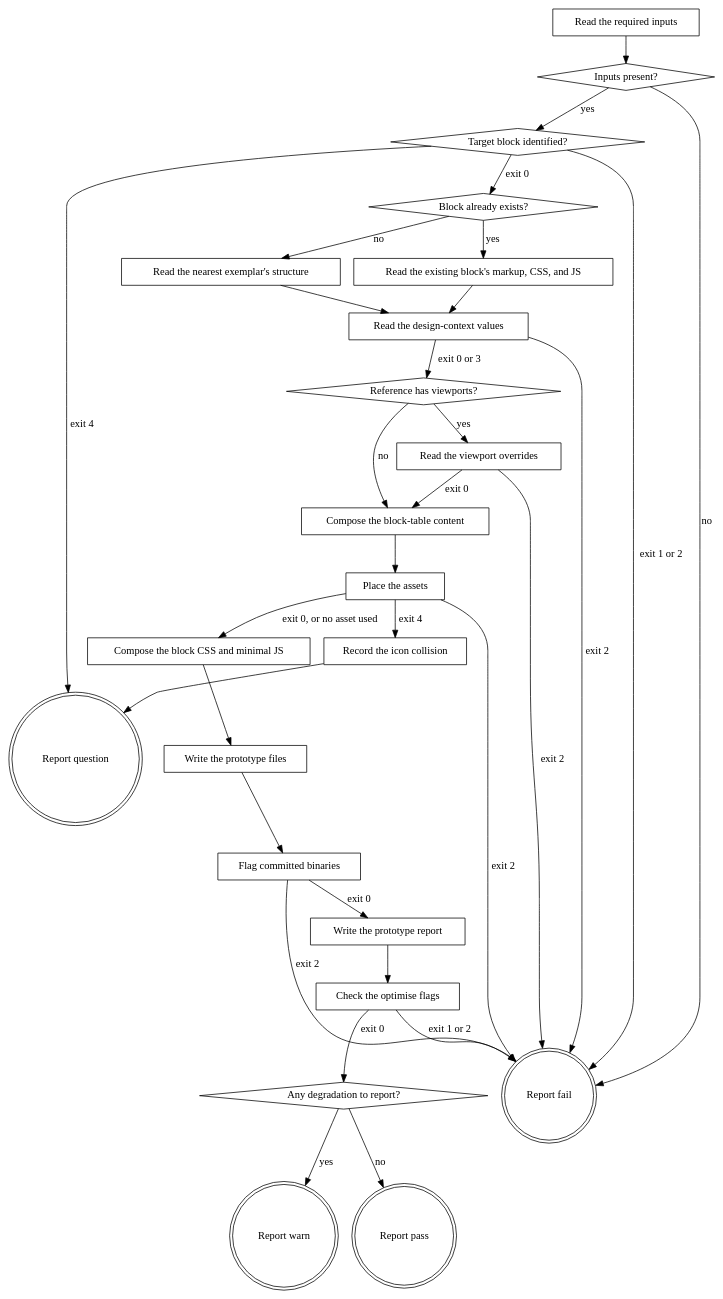
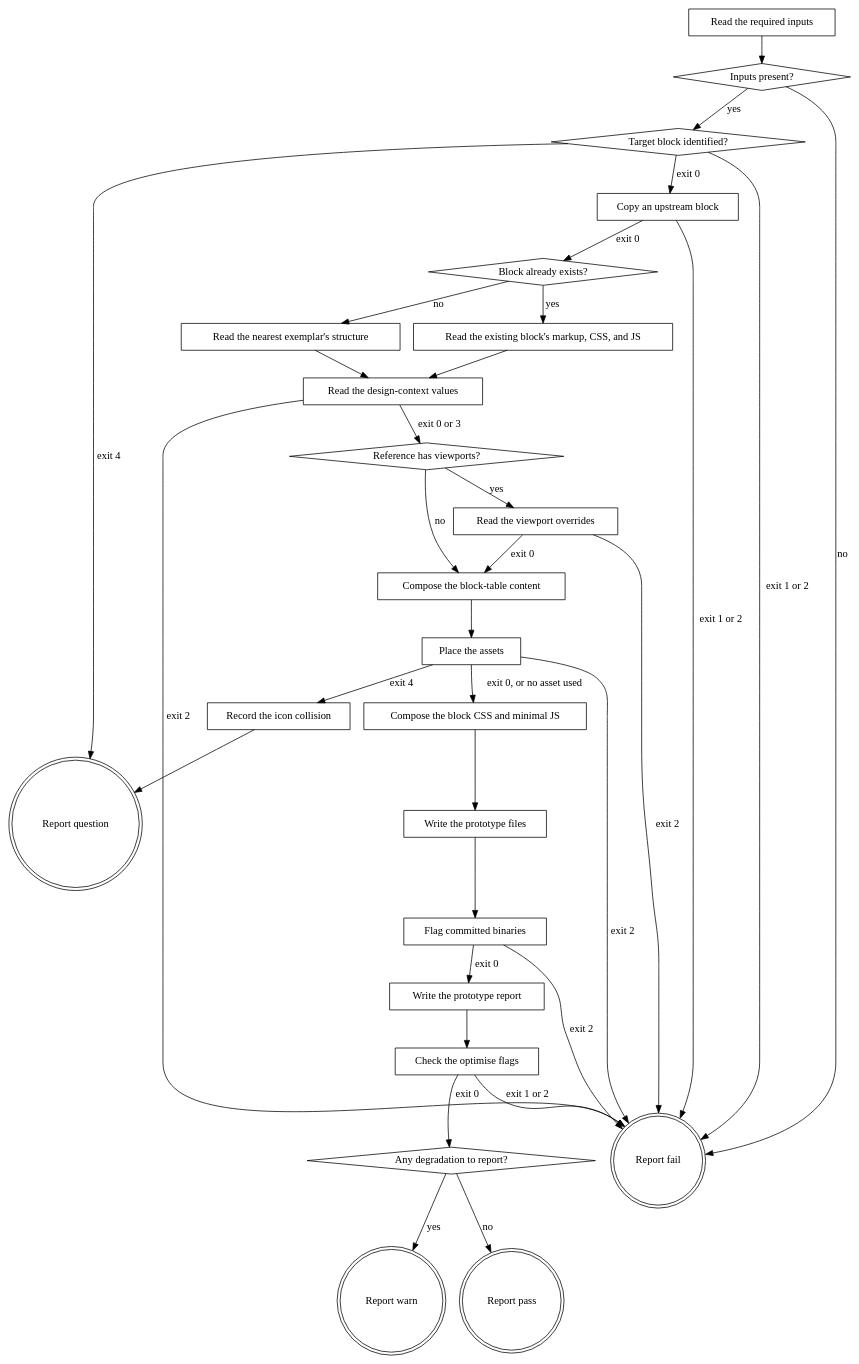
One commit to agenticDraft/aem-eds-ai-workflow-demo changed the diagram in plugins/eds/skills/eds-prototype/SKILL.md. Above: the diagram before and after it, drawn with Graphviz. The commit also changed other lines of this file and 4 other files, not shown here.

First line of the commit message:
prototype, plan and implement copy an upstream block into blocks/<name>/ before changing it

````diff
--- a/plugins/eds/skills/eds-prototype/SKILL.md
+++ b/plugins/eds/skills/eds-prototype/SKILL.md
@@ -46,57 +47,60 @@
 ```dot
 digraph eds_prototype {
     "Read the required inputs" [shape=box];
     "Inputs present?" [shape=diamond];
     "Target block identified?" [shape=diamond];
+    "Copy an upstream block" [shape=box];
     "Block already exists?" [shape=diamond];
     "Read the existing block's markup, CSS, and JS" [shape=box];
     "Read the nearest exemplar's structure" [shape=box];
     "Read the design-context values" [shape=box];
     "Reference has viewports?" [shape=diamond];
     "Read the viewport overrides" [shape=box];
     "Compose the block-table content" [shape=box];
     "Place the assets" [shape=box];
     "Record the icon collision" [shape=box];
     "Compose the block CSS and minimal JS" [shape=box];
     "Write the prototype files" [shape=box];
     "Flag committed binaries" [shape=box];
     "Write the prototype report" [shape=box];
     "Check the optimise flags" [shape=box];
     "Any degradation to report?" [shape=diamond];
     "Report fail" [shape=doublecircle];
     "Report question" [shape=doublecircle];
     "Report warn" [shape=doublecircle];
     "Report pass" [shape=doublecircle];
 
     "Read the required inputs" -> "Inputs present?";
     "Inputs present?" -> "Target block identified?" [label="yes"];
     "Inputs present?" -> "Report fail" [label="no"];
-    "Target block identified?" -> "Block already exists?" [label="exit 0"];
+    "Target block identified?" -> "Copy an upstream block" [label="exit 0"];
+    "Copy an upstream block" -> "Block already exists?" [label="exit 0"];
+    "Copy an upstream block" -> "Report fail" [label="exit 1 or 2"];
     "Target block identified?" -> "Report question" [label="exit 4"];
     "Target block identified?" -> "Report fail" [label="exit 1 or 2"];
     "Block already exists?" -> "Read the existing block's markup, CSS, and JS" [label="yes"];
     "Block already exists?" -> "Read the nearest exemplar's structure" [label="no"];
     "Read the existing block's markup, CSS, and JS" -> "Read the design-context values";
     "Read the nearest exemplar's structure" -> "Read the design-context values";
     "Read the design-context values" -> "Reference has viewports?" [label="exit 0 or 3"];
     "Read the design-context values" -> "Report fail" [label="exit 2"];
     "Reference has viewports?" -> "Read the viewport overrides" [label="yes"];
     "Reference has viewports?" -> "Compose the block-table content" [label="no"];
     "Read the viewport overrides" -> "Compose the block-table content" [label="exit 0"];
     "Read the viewport overrides" -> "Report fail" [label="exit 2"];
     "Compose the block-table content" -> "Place the assets";
     "Place the assets" -> "Compose the block CSS and minimal JS" [label="exit 0, or no asset used"];
     "Place the assets" -> "Record the icon collision" [label="exit 4"];
     "Place the assets" -> "Report fail" [label="exit 2"];
     "Record the icon collision" -> "Report question";
     "Compose the block CSS and minimal JS" -> "Write the prototype files";
     "Write the prototype files" -> "Flag committed binaries";
     "Flag committed binaries" -> "Write the prototype report" [label="exit 0"];
     "Flag committed binaries" -> "Report fail" [label="exit 2"];
     "Write the prototype report" -> "Check the optimise flags";
     "Check the optimise flags" -> "Any degradation to report?" [label="exit 0"];
     "Check the optimise flags" -> "Report fail" [label="exit 1 or 2"];
     "Any degradation to report?" -> "Report warn" [label="yes"];
     "Any degradation to report?" -> "Report pass" [label="no"];
 }
 ```
````
